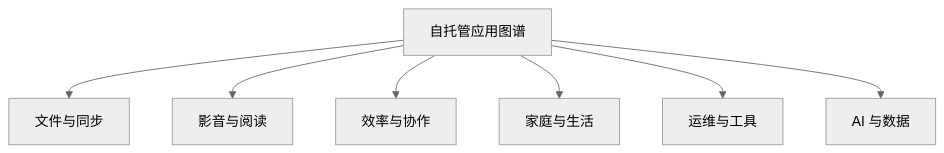
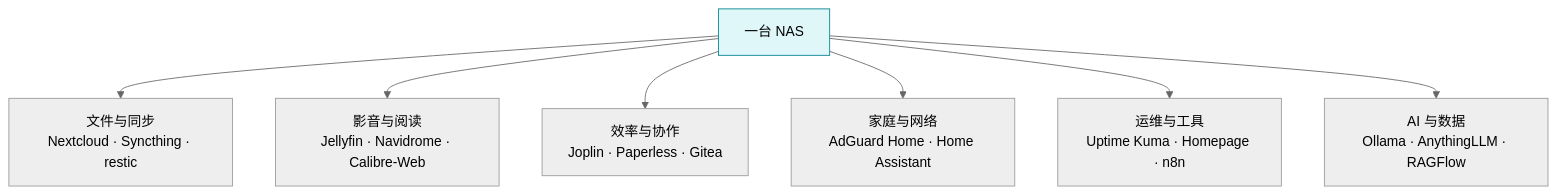
The diagram in docs/10-自托管应用图谱/README.md (cv-superding/nas-guide), drawn with Mermaid (neutral theme) before and after one commit. The commit also changed 1 other file, not shown here.

Commit message:
docs(完善): 升级应用图谱总览图与阅读路径,修正平台数
- 10.0 图谱图加入各分类代表应用
- README 阅读路径图加入10-12章深入分支
- 修正章节表中'六大系统'→'七大系统'

````diff
--- a/docs/10-自托管应用图谱/README.md
+++ b/docs/10-自托管应用图谱/README.md
@@ -27,9 +27,11 @@
 ```mermaid
 flowchart TB
-    A[自托管应用图谱] --> B[文件与同步]
-    A --> C[影音与阅读]
-    A --> D[效率与协作]
-    A --> E[家庭与生活]
-    A --> F[运维与工具]
-    A --> G[AI 与数据]
+    A[一台 NAS] --> B[文件与同步<br/>Nextcloud · Syncthing · restic]
+    A --> C[影音与阅读<br/>Jellyfin · Navidrome · Calibre-Web]
+    A --> D[效率与协作<br/>Joplin · Paperless · Gitea]
+    A --> E[家庭与网络<br/>AdGuard Home · Home Assistant]
+    A --> F[运维与工具<br/>Uptime Kuma · Homepage · n8n]
+    A --> G[AI 与数据<br/>Ollama · AnythingLLM · RAGFlow]
+
+    style A fill:#e0f7fa,stroke:#00838f
 ```
````
